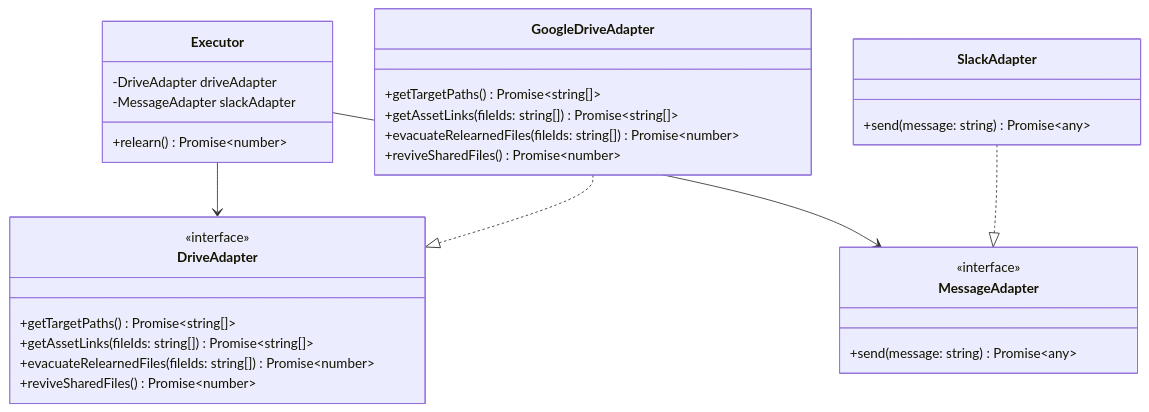
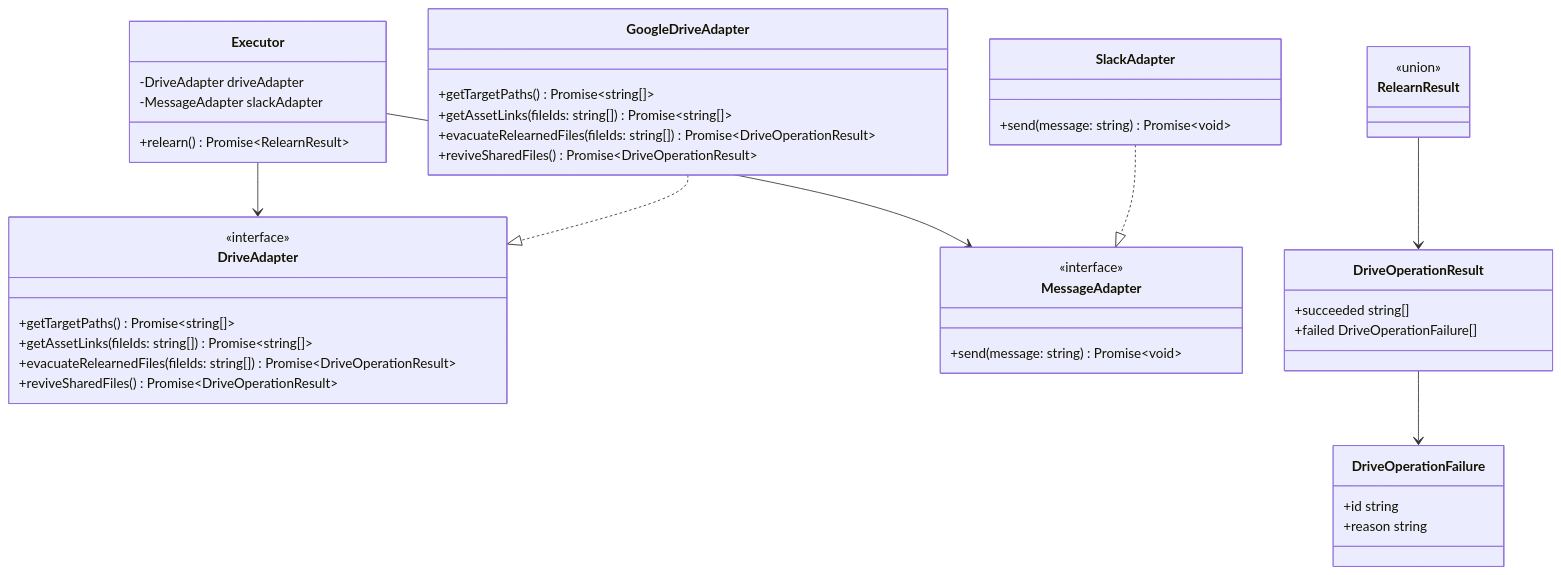
Before and after one commit to danimal141/relearn: the diagram in README.md, drawn with Mermaid. The commit also changed other lines of this file, not shown here.

````diff
--- a/README.md
+++ b/README.md
@@ -6,37 +6,53 @@
 ```mermaid
 classDiagram
     class Executor {
         -DriveAdapter driveAdapter
         -MessageAdapter slackAdapter
-        +relearn() Promise~number~
+        +relearn() Promise~RelearnResult~
     }
 
     class DriveAdapter {
         <<interface>>
         +getTargetPaths() Promise~string[]~
         +getAssetLinks(fileIds: string[]) Promise~string[]~
-        +evacuateRelearnedFiles(fileIds: string[]) Promise~number~
-        +reviveSharedFiles() Promise~number~
+        +evacuateRelearnedFiles(fileIds: string[]) Promise~DriveOperationResult~
+        +reviveSharedFiles() Promise~DriveOperationResult~
     }
 
     class MessageAdapter {
         <<interface>>
-        +send(message: string) Promise~any~
+        +send(message: string) Promise~void~
     }
 
     class GoogleDriveAdapter {
         +getTargetPaths() Promise~string[]~
         +getAssetLinks(fileIds: string[]) Promise~string[]~
-        +evacuateRelearnedFiles(fileIds: string[]) Promise~number~
-        +reviveSharedFiles() Promise~number~
+        +evacuateRelearnedFiles(fileIds: string[]) Promise~DriveOperationResult~
+        +reviveSharedFiles() Promise~DriveOperationResult~
     }
 
     class SlackAdapter {
-        +send(message: string) Promise~any~
+        +send(message: string) Promise~void~
+    }
+
+    class RelearnResult {
+        <<union>>
+    }
+
+    class DriveOperationResult {
+        +succeeded string[]
+        +failed DriveOperationFailure[]
+    }
+
+    class DriveOperationFailure {
+        +id string
+        +reason string
     }
 
     Executor --> DriveAdapter
     Executor --> MessageAdapter
     GoogleDriveAdapter ..|> DriveAdapter
     SlackAdapter ..|> MessageAdapter
+    RelearnResult --> DriveOperationResult
+    DriveOperationResult --> DriveOperationFailure
 ```
````
